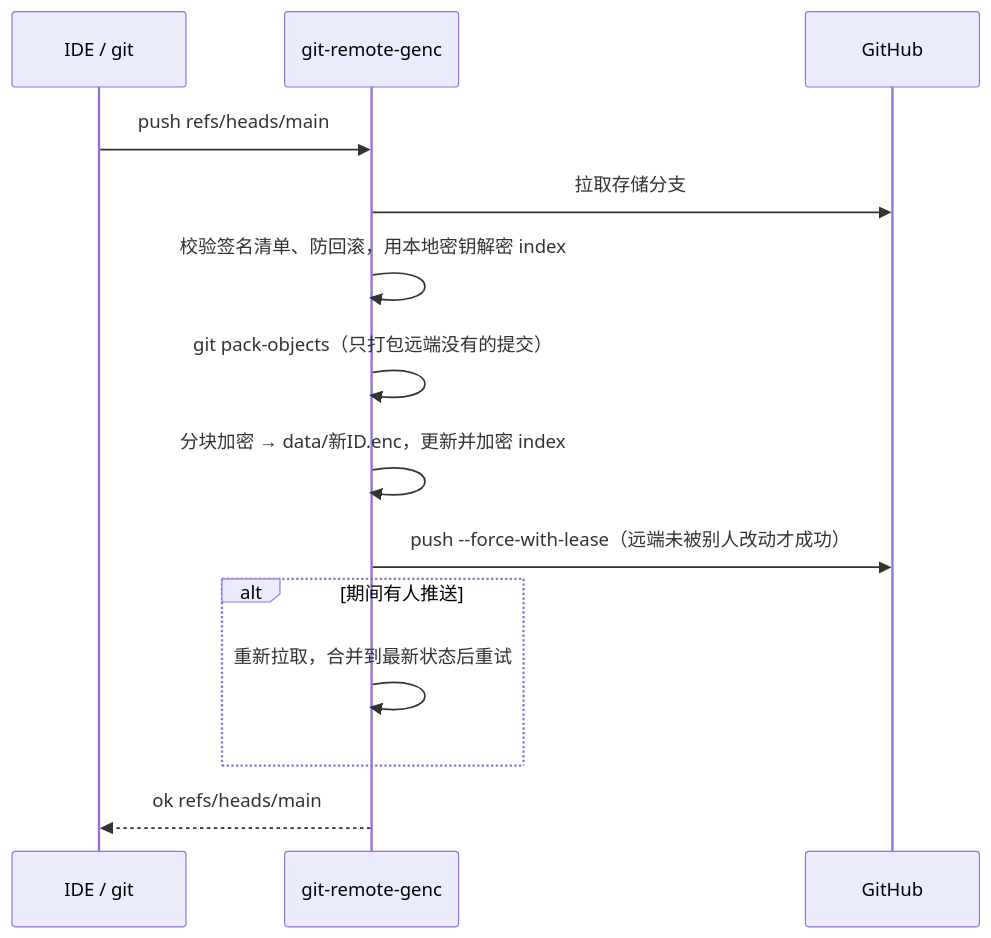
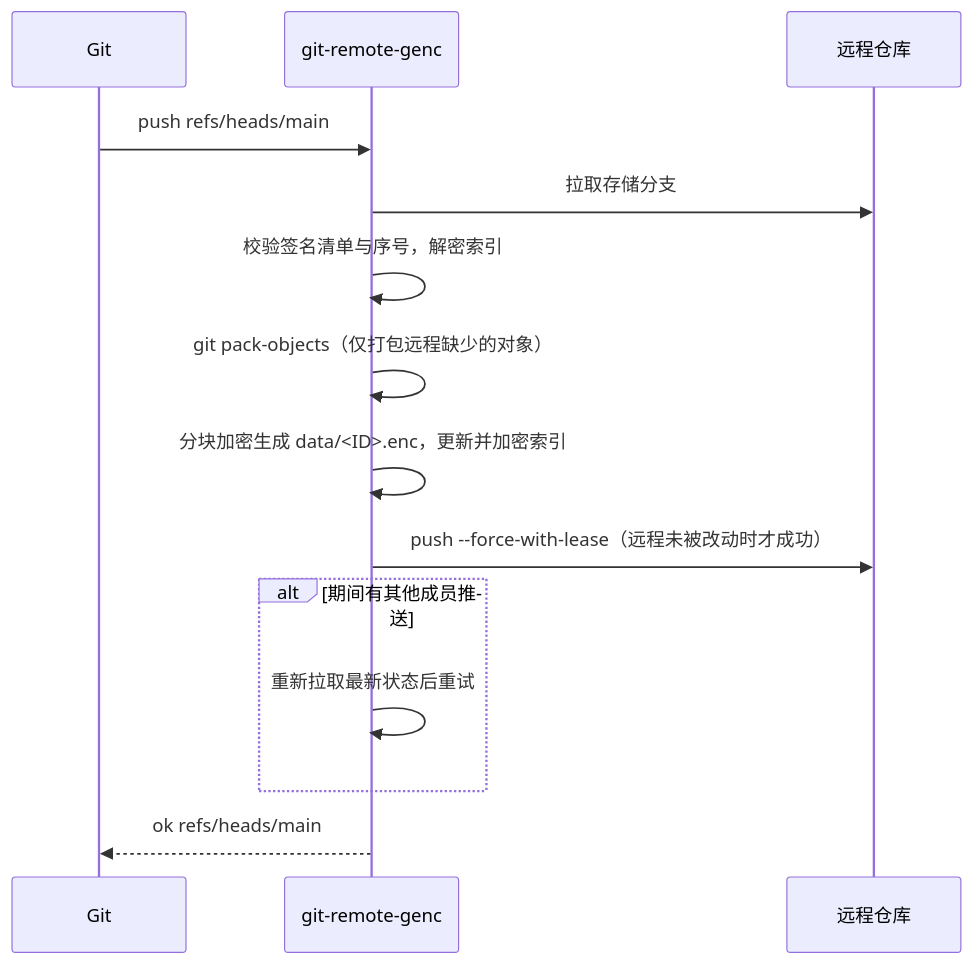
The first of 2 diagrams in README.md (MyCodeKits/git-protect-extension), drawn with Mermaid before and after one commit. The commit also changed other lines of this file, not shown here.

````diff
--- a/README.md
+++ b/README.md
@@ -230,16 +312,16 @@
 ```mermaid
 sequenceDiagram
-    participant IDE as IDE / git
+    participant G as Git
     participant H as git-remote-genc
-    participant R as GitHub
-    IDE->>H: push refs/heads/main
+    participant R as 远程仓库
+    G->>H: push refs/heads/main
     H->>R: 拉取存储分支
-    H->>H: 校验签名清单、防回滚，用本地密钥解密 index
-    H->>H: git pack-objects（只打包远端没有的提交）
-    H->>H: 分块加密 → data/新ID.enc，更新并加密 index
-    H->>R: push --force-with-lease（远端未被别人改动才成功）
-    alt 期间有人推送
-        H->>H: 重新拉取，合并到最新状态后重试
+    H->>H: 校验签名清单与序号，解密索引
+    H->>H: git pack-objects（仅打包远程缺少的对象）
+    H->>H: 分块加密生成 data/<ID>.enc，更新并加密索引
+    H->>R: push --force-with-lease（远程未被改动时才成功）
+    alt 期间有其他成员推送
+        H->>H: 重新拉取最新状态后重试
     end
-    H-->>IDE: ok refs/heads/main
+    H-->>G: ok refs/heads/main
 ```
````
